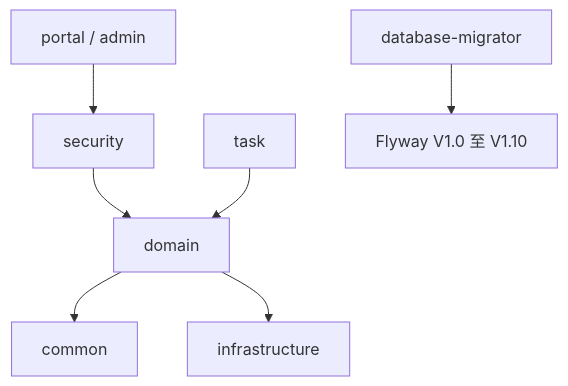
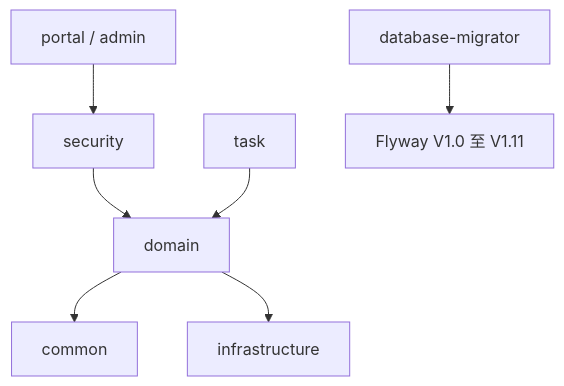
The second of 5 diagrams in docs/architecture/current-state.md (LBBZ/hotShop), drawn with Mermaid before and after one commit. The commit also changed other lines of this file and 82 other files, not shown here.

````diff
--- a/docs/architecture/current-state.md
+++ b/docs/architecture/current-state.md
@@ -54,9 +53,9 @@
 ```mermaid
 flowchart TD
     P["portal / admin"] --> S["security"]
     S --> D["domain"]
     T["task"] --> D
     D --> C["common"]
     D --> I["infrastructure"]
-    MIG["database-migrator"] --> SQL["Flyway V1.0 至 V1.10"]
+    MIG["database-migrator"] --> SQL["Flyway V1.0 至 V1.11"]
 ```
````
